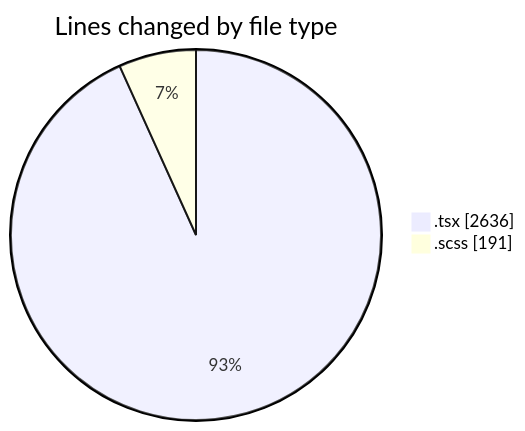
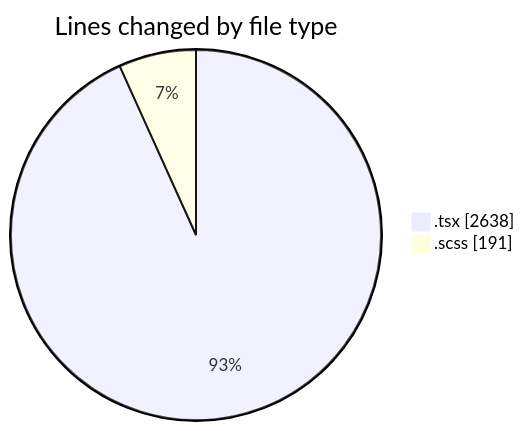
Before and after one commit to momahboobian/code-tracking: the first of 2 diagrams in 2025-04-04/cda/README.md, drawn with Mermaid. The commit also changed other lines of this file and 1 other file, not shown here.

````diff
--- a/2025-04-04/cda/README.md
+++ b/2025-04-04/cda/README.md
@@ -30,6 +30,6 @@
 ```mermaid
 pie showData
 title Lines changed by file type
-".tsx" : 2636
+".tsx" : 2638
 ".scss" : 191
 ```
````
